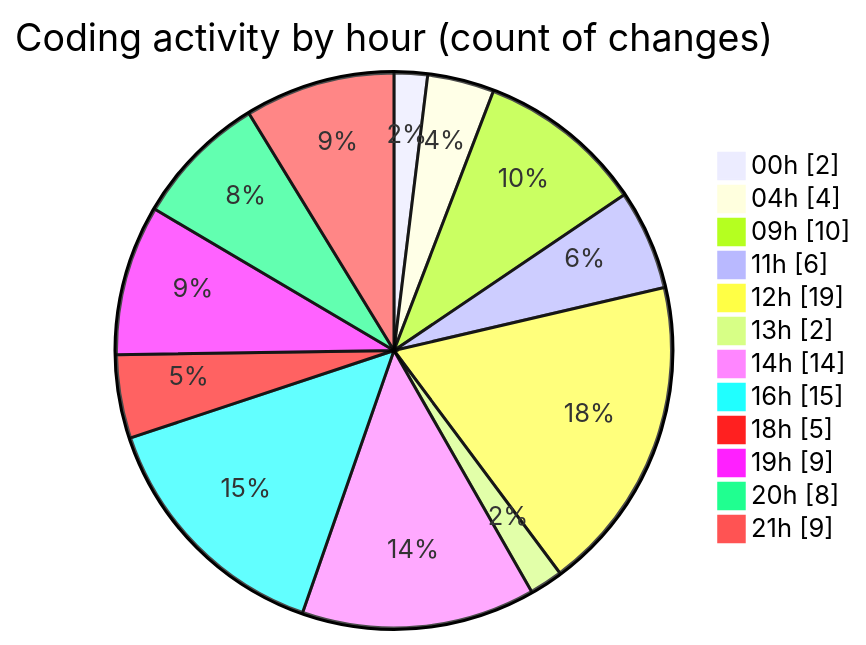
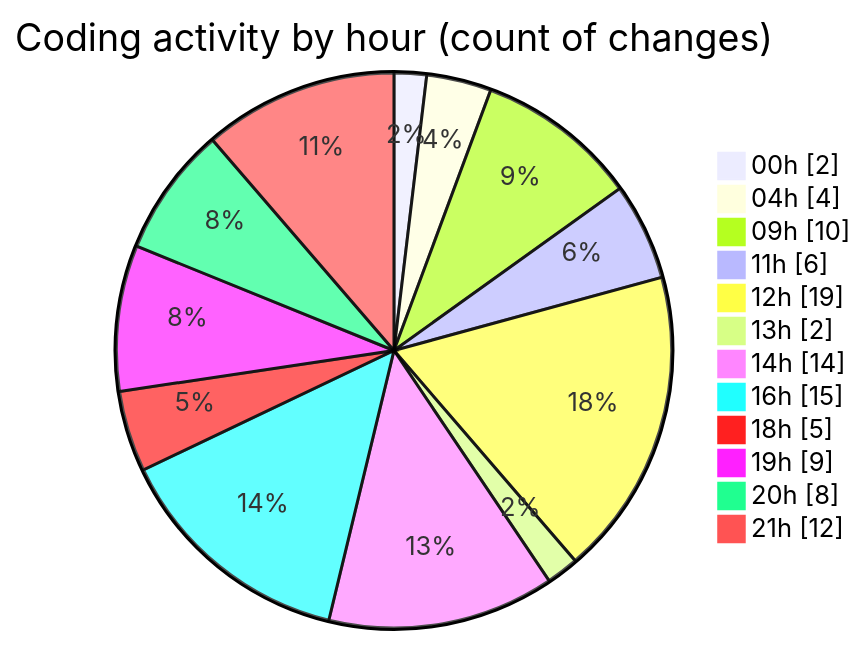
Before and after one commit to julien-gomy/code-tracking: the second of 2 diagrams in 2025-10-28/eventscop-frontend-guide__workspace_/README.md, drawn with Mermaid. The commit also changed other lines of this file and 1 other file, not shown here.

````diff
--- a/2025-10-28/eventscop-frontend-guide__workspace_/README.md
+++ b/2025-10-28/eventscop-frontend-guide__workspace_/README.md
@@ -65,16 +65,16 @@
 ```mermaid
 pie showData
 title Coding activity by hour (count of changes)
 "00h" : 2
 "04h" : 4
 "09h" : 10
 "11h" : 6
 "12h" : 19
 "13h" : 2
 "14h" : 14
 "16h" : 15
 "18h" : 5
 "19h" : 9
 "20h" : 8
-"21h" : 9
+"21h" : 12
 ```
````
